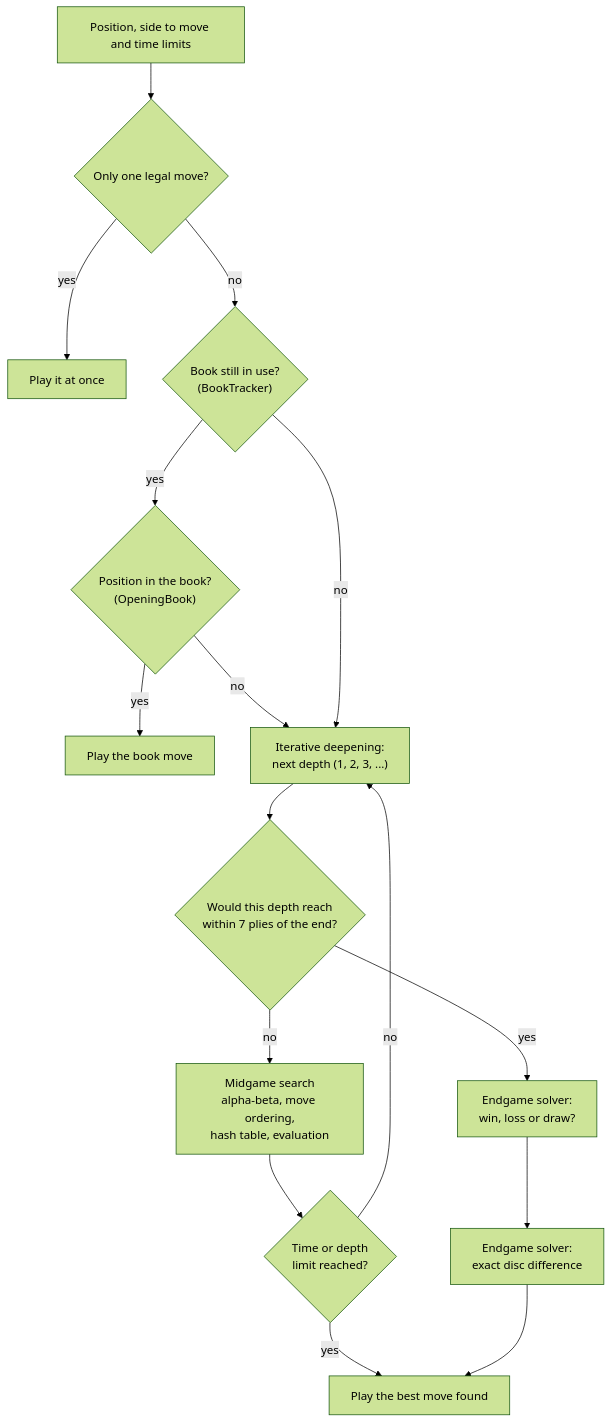
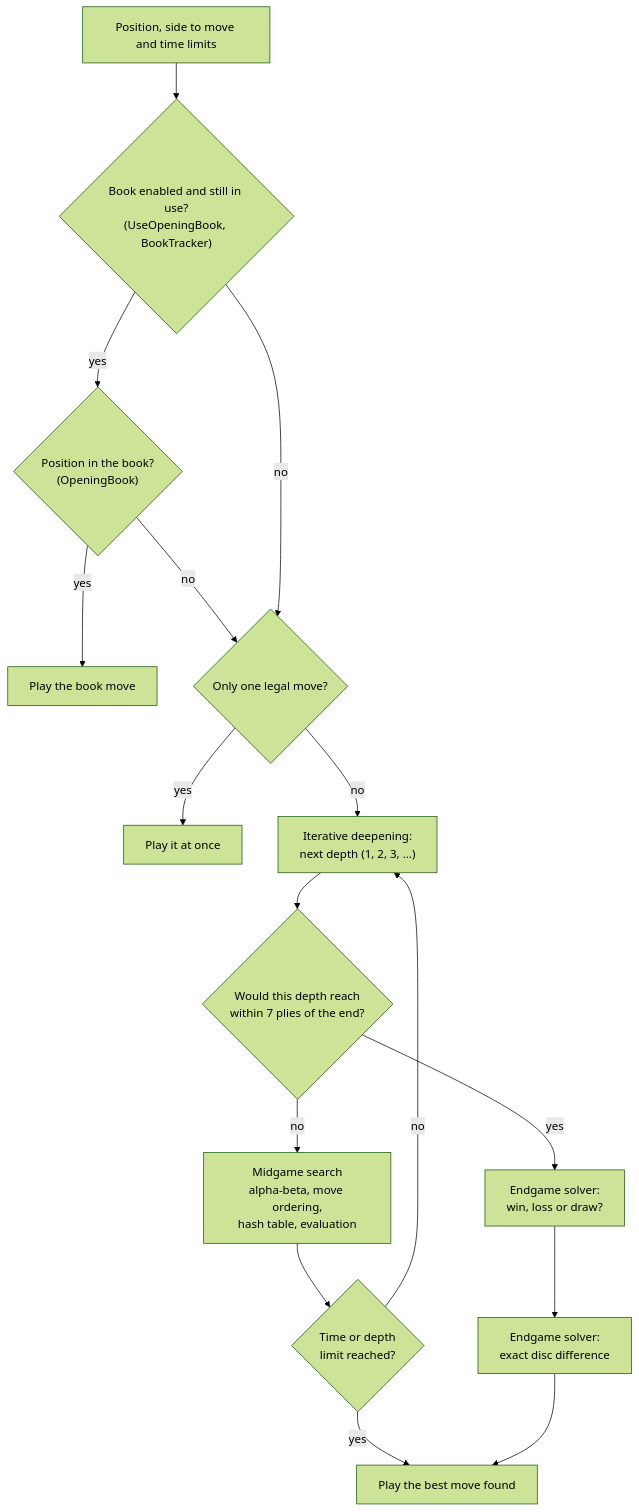
The diagram in docs/brain/README.md (cjp-dev/Stello), drawn with Mermaid (forest theme) before and after one commit. The commit also changed 12 other files, not shown here.

````diff
--- a/docs/brain/README.md
+++ b/docs/brain/README.md
@@ -17,18 +17,18 @@
 ```mermaid
 flowchart TD
-    Start["Position, side to move and time limits"] --> Single{"Only one legal move?"}
-    Single -- "yes" --> Play["Play it at once"]
-    Single -- "no" --> Tracker{"Book still in use?<br/>(BookTracker)"}
+    Start["Position, side to move and time limits"] --> Tracker{"Book enabled and still in use?<br/>(UseOpeningBook, BookTracker)"}
     Tracker -- "yes" --> Book{"Position in the book?<br/>(OpeningBook)"}
     Book -- "yes" --> BookMove["Play the book move"]
-    Book -- "no" --> Next
-    Tracker -- "no" --> Next["Iterative deepening:<br/>next depth (1, 2, 3, ...)"]
+    Book -- "no" --> Single
+    Tracker -- "no" --> Single{"Only one legal move?"}
+    Single -- "yes" --> Play["Play it at once"]
+    Single -- "no" --> Next["Iterative deepening:<br/>next depth (1, 2, 3, ...)"]
     Next --> Near{"Would this depth reach<br/>within 7 plies of the end?"}
     Near -- "no" --> Midgame["Midgame search<br/>alpha-beta, move ordering,<br/>hash table, evaluation"]
     Midgame --> Limit{"Time or depth<br/>limit reached?"}
     Limit -- "no" --> Next
     Limit -- "yes" --> Best["Play the best move found"]
     Near -- "yes" --> WLD["Endgame solver:<br/>win, loss or draw?"]
     WLD --> Exact["Endgame solver:<br/>exact disc difference"]
     Exact --> Best
 ```
````
